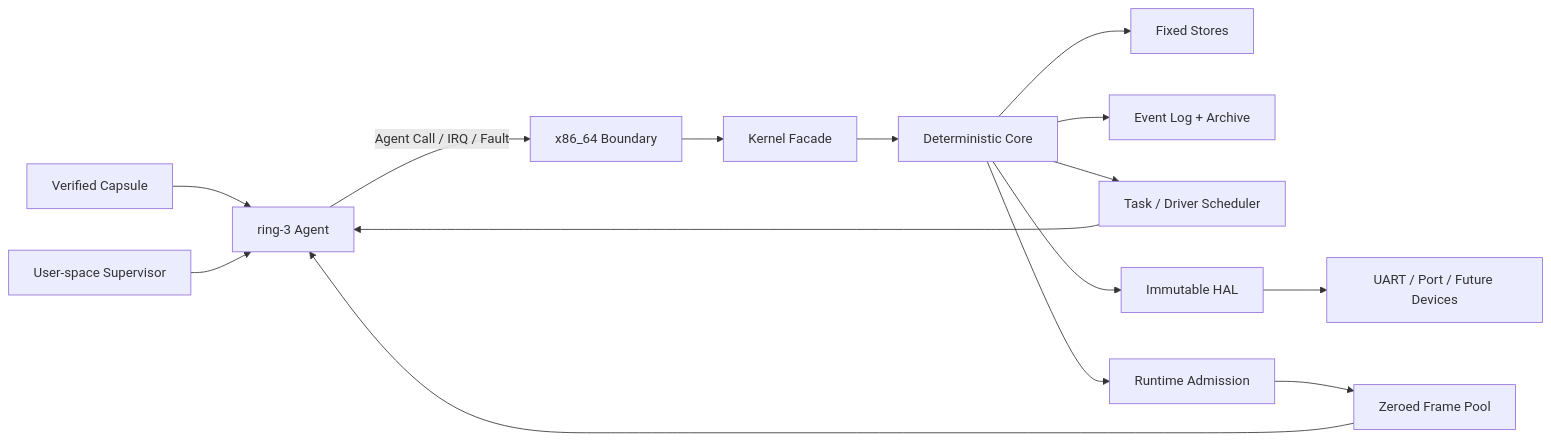
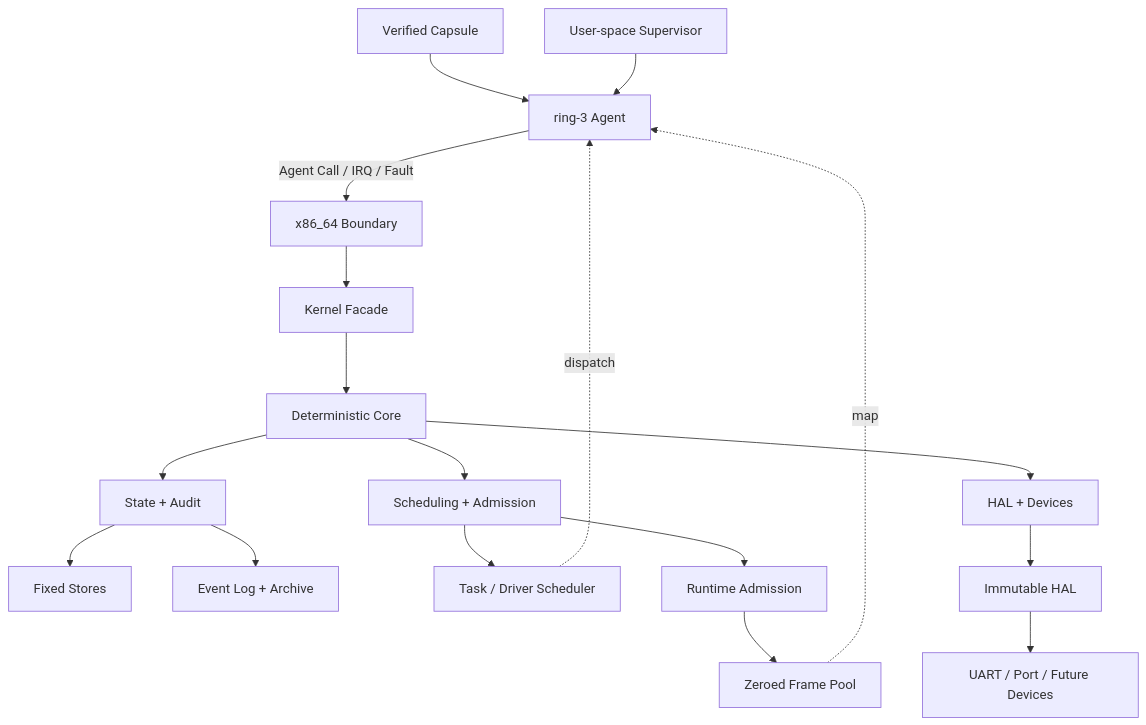
Before and after one commit to Evan-master/agent-kernel: the diagram in README.md, drawn with Mermaid. The commit also changed 1 other file, not shown here.

Commit message:
docs: improve readme architecture graph

````diff
--- a/README.md
+++ b/README.md
@@ -100,17 +100,22 @@
 ```mermaid
-flowchart LR
+flowchart TB
     Capsule["Verified Capsule"] --> Ring3["ring-3 Agent"]
+    Supervisor["User-space Supervisor"] --> Ring3
     Ring3 -->|"Agent Call / IRQ / Fault"| X86["x86_64 Boundary"]
     X86 --> Facade["Kernel Facade"]
     Facade --> Core["Deterministic Core"]
-    Core --> Stores["Fixed Stores"]
-    Core --> Events["Event Log + Archive"]
-    Core --> Scheduler["Task / Driver Scheduler"]
-    Scheduler --> Ring3
-    Core --> HAL["Immutable HAL"]
+
+    Core --> State["State + Audit"]
+    Core --> Runtime["Scheduling + Admission"]
+    Core --> Devices["HAL + Devices"]
+
+    State --> Stores["Fixed Stores"]
+    State --> Events["Event Log + Archive"]
+    Runtime --> Scheduler["Task / Driver Scheduler"]
+    Runtime --> Broker["Runtime Admission"]
+    Broker --> Frames["Zeroed Frame Pool"]
+    Devices --> HAL["Immutable HAL"]
     HAL --> Hardware["UART / Port / Future Devices"]
-    Core --> Broker["Runtime Admission"]
-    Broker --> Frames["Zeroed Frame Pool"]
-    Frames --> Ring3
-    Supervisor["User-space Supervisor"] --> Ring3
+    Scheduler -.->|dispatch| Ring3
+    Frames -.->|map| Ring3
 ```
````
